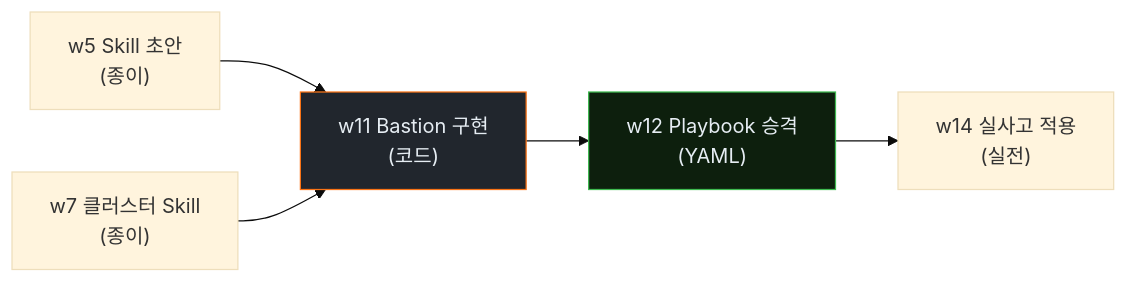
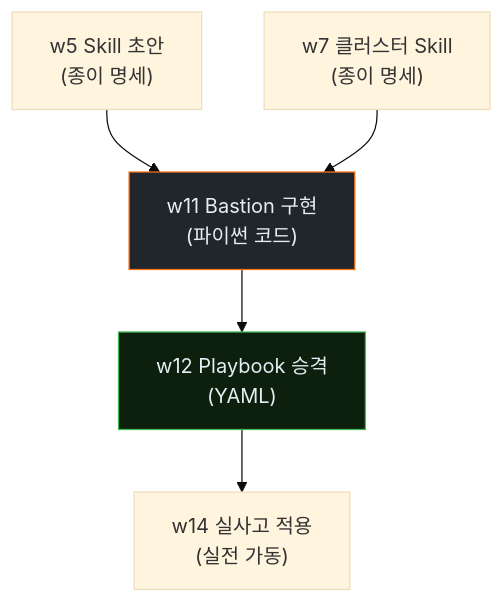
Before and after one commit to mrgrit/ccc: the sixth of 6 diagrams in contents/education/course19-agent-incident-response/week07/lecture.md, drawn with Mermaid (base theme). The commit also changed other lines of this file and 5 other files, not shown here.

First line of the commit message:
docs(course19): w9 상세화 + 기존 LR 다이어그램을 TB로 전환

````diff
--- a/contents/education/course19-agent-incident-response/week07/lecture.md
+++ b/contents/education/course19-agent-incident-response/week07/lecture.md
@@ -348,13 +349,13 @@
 ```mermaid
-flowchart LR
-    W5["w5 Skill 초안<br/>(종이)"]
-    W7["w7 클러스터 Skill<br/>(종이)"]
-    W11["w11 Bastion 구현<br/>(코드)"]
+flowchart TB
+    W5["w5 Skill 초안<br/>(종이 명세)"]
+    W7["w7 클러스터 Skill<br/>(종이 명세)"]
+    W11["w11 Bastion 구현<br/>(파이썬 코드)"]
     W12["w12 Playbook 승격<br/>(YAML)"]
-    W14["w14 실사고 적용<br/>(실전)"]
+    W14["w14 실사고 적용<br/>(실전 가동)"]
     W5 --> W11
     W7 --> W11
     W11 --> W12 --> W14
     style W11 fill:#21262d,stroke:#f97316,color:#e6edf3
     style W12 fill:#0d1f0d,stroke:#3fb950,color:#e6edf3
 ```
````
